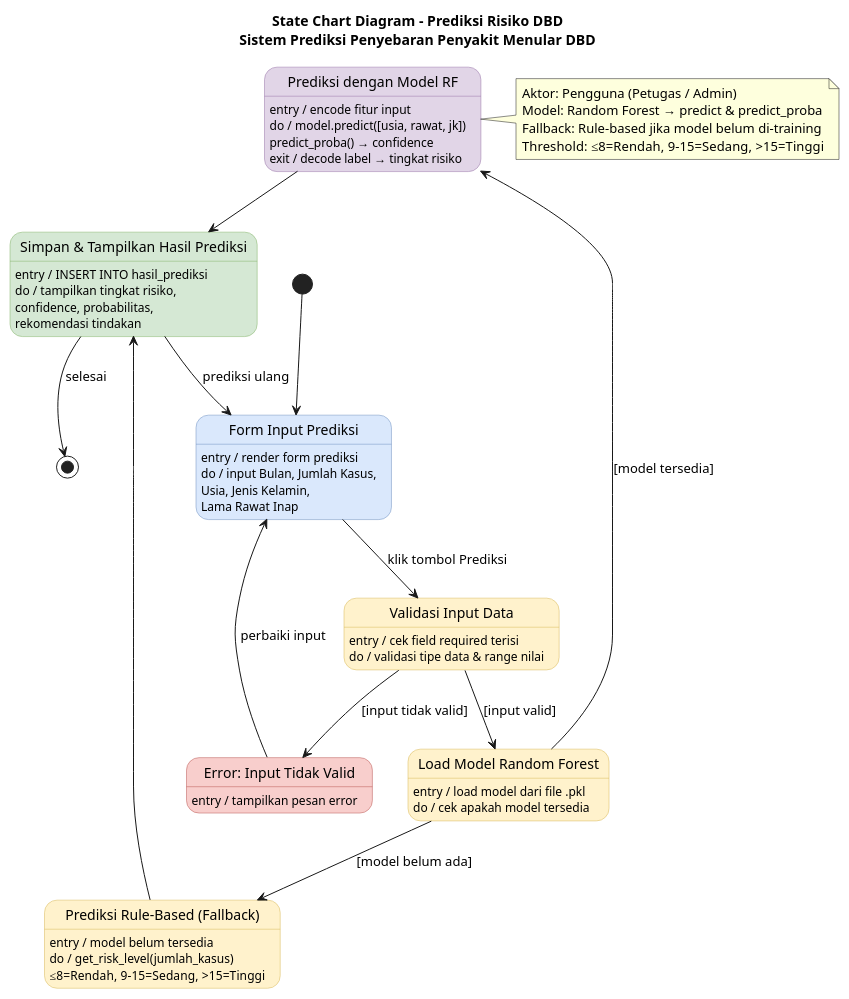
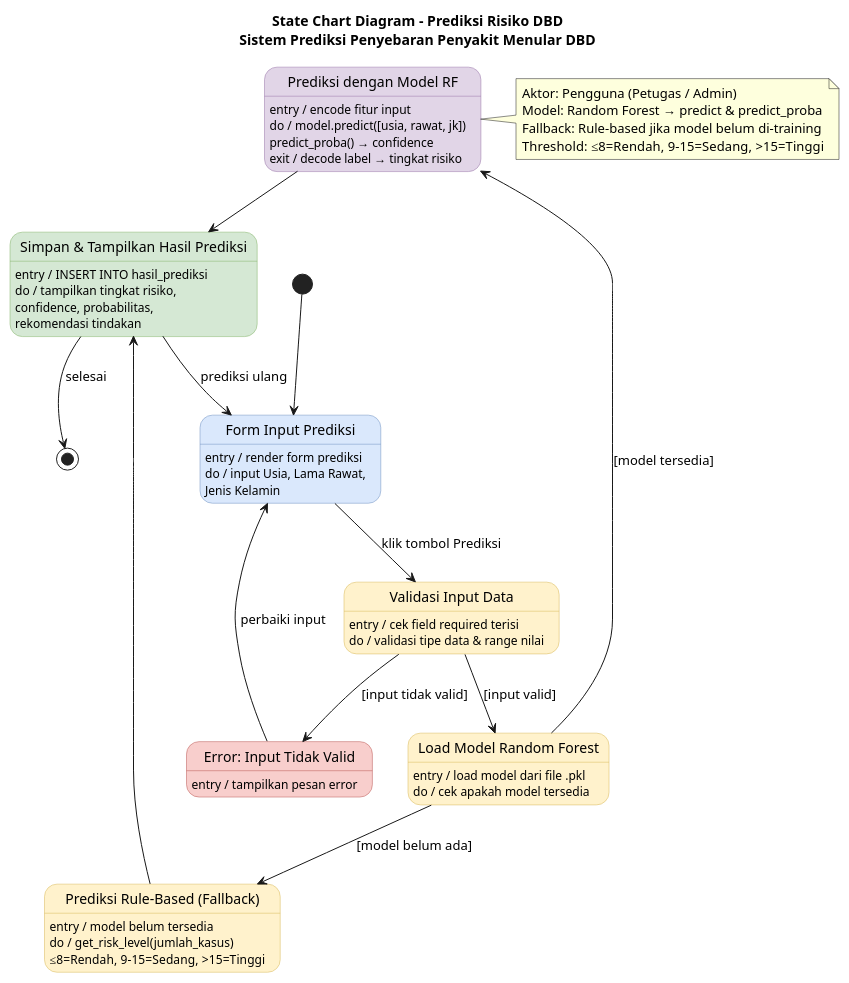
Before and after one commit to Suwardi87/prediksi-DBD: the diagram in Dokumen/UML/state_chart_prediksi.puml, drawn with PlantUML. The commit also changed 43 other files, not shown here.

```diff
--- a/Dokumen/UML/state_chart_prediksi.puml
+++ b/Dokumen/UML/state_chart_prediksi.puml
@@ -1,78 +1,77 @@
 @startuml State Chart - Prediksi Risiko DBD
 title State Chart Diagram - Prediksi Risiko DBD\nSistem Prediksi Penyebaran Penyakit Menular DBD
 
 skinparam state {
   BackgroundColor<<blue>> #dae8fc
   BorderColor<<blue>> #6c8ebf
   BackgroundColor<<yellow>> #fff2cc
   BorderColor<<yellow>> #d6b656
   BackgroundColor<<green>> #d5e8d4
   BorderColor<<green>> #82b366
   BackgroundColor<<red>> #f8cecc
   BorderColor<<red>> #b85450
   BackgroundColor<<purple>> #e1d5e7
   BorderColor<<purple>> #9673a6
 }
 
 [*] --> FormPrediksi
 
 state "Form Input Prediksi" as FormPrediksi <<blue>> {
 }
 FormPrediksi : entry / render form prediksi
-FormPrediksi : do / input Bulan, Jumlah Kasus,
-FormPrediksi :       Usia, Jenis Kelamin,
-FormPrediksi :       Lama Rawat Inap
+FormPrediksi : do / input Usia, Lama Rawat,
+FormPrediksi :       Jenis Kelamin
 
 state "Validasi Input Data" as ValidasiInput <<yellow>> {
 }
 ValidasiInput : entry / cek field required terisi
 ValidasiInput : do / validasi tipe data & range nilai
 
 state "Error: Input Tidak Valid" as ErrorInput <<red>> {
 }
 ErrorInput : entry / tampilkan pesan error
 
 state "Load Model Random Forest" as LoadModel <<yellow>> {
 }
 LoadModel : entry / load model dari file .pkl
 LoadModel : do / cek apakah model tersedia
 
 state "Prediksi Rule-Based (Fallback)" as RuleBased <<yellow>> {
 }
 RuleBased : entry / model belum tersedia
 RuleBased : do / get_risk_level(jumlah_kasus)
 RuleBased :       ≤8=Rendah, 9-15=Sedang, >15=Tinggi
 
 state "Prediksi dengan Model RF" as ModelRF <<purple>> {
 }
 ModelRF : entry / encode fitur input
 ModelRF : do / model.predict([usia, rawat, jk])
 ModelRF :       predict_proba() → confidence
 ModelRF : exit / decode label → tingkat risiko
 
 state "Simpan & Tampilkan Hasil Prediksi" as HasilPrediksi <<green>> {
 }
 HasilPrediksi : entry / INSERT INTO hasil_prediksi
 HasilPrediksi : do / tampilkan tingkat risiko,
 HasilPrediksi :       confidence, probabilitas,
 HasilPrediksi :       rekomendasi tindakan
 
 FormPrediksi --> ValidasiInput : klik tombol Prediksi
 ValidasiInput --> ErrorInput : [input tidak valid]
 ErrorInput --> FormPrediksi : perbaiki input
 ValidasiInput --> LoadModel : [input valid]
 LoadModel --> RuleBased : [model belum ada]
 LoadModel --> ModelRF : [model tersedia]
 RuleBased --> HasilPrediksi
 ModelRF --> HasilPrediksi
 HasilPrediksi --> FormPrediksi : prediksi ulang
 HasilPrediksi --> [*] : selesai
 
 note right of ModelRF
   Aktor: Pengguna (Petugas / Admin)
   Model: Random Forest → predict & predict_proba
   Fallback: Rule-based jika model belum di-training
   Threshold: ≤8=Rendah, 9-15=Sedang, >15=Tinggi
 end note
 
 @enduml
```
